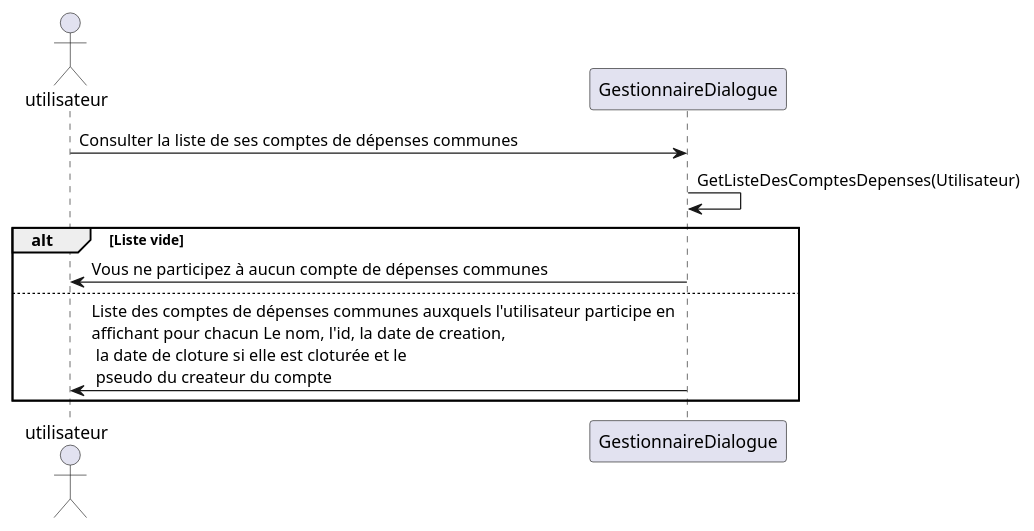
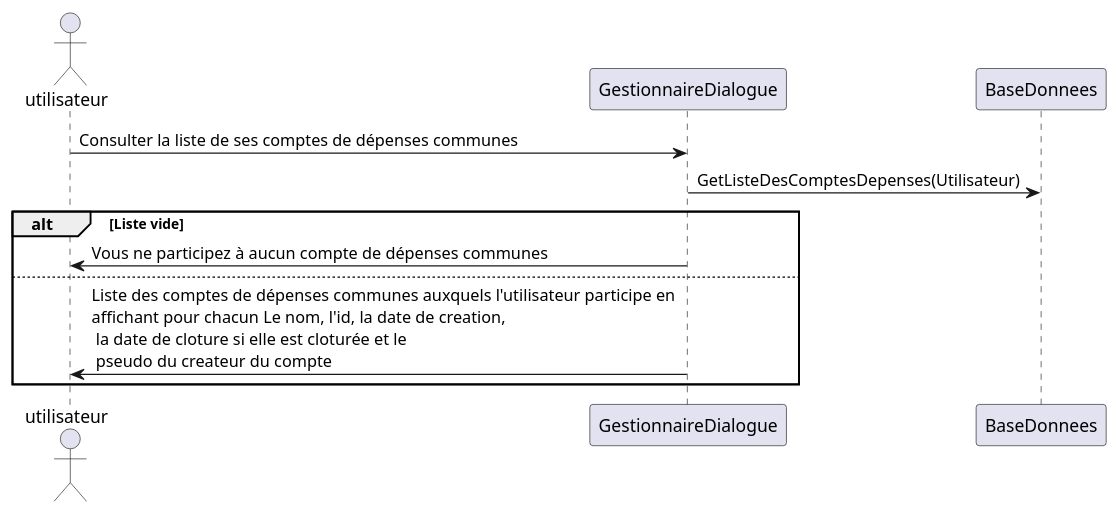
The diagram in diagrammes/conception/consulter-liste-compte-depenses.puml (lmtb06/sharecount), drawn with PlantUML before and after one commit. The commit also changed 1 other file, not shown here.

```diff
--- a/diagrammes/conception/consulter-liste-compte-depenses.puml
+++ b/diagrammes/conception/consulter-liste-compte-depenses.puml
@@ -1,16 +1,17 @@
 @startuml  Consulter la liste de ses comptes de dépenses communes
 
 actor utilisateur as user
 participant GestionnaireDialogue as gd
+participant BaseDonnees as bd
 
 user -> gd 	: Consulter la liste de ses comptes de dépenses communes
-gd -> gd 	: GetListeDesComptesDepenses(Utilisateur)
+gd -> bd 	: GetListeDesComptesDepenses(Utilisateur)
 
 alt Liste vide
 gd -> user  : Vous ne participez à aucun compte de dépenses communes
 else
 gd -> user  : Liste des comptes de dépenses communes auxquels l'utilisateur participe en \naffichant pour chacun Le nom, l'id, la date de creation,\n la date de cloture si elle est cloturée et le\n pseudo du createur du compte
 
 end
 
 @enduml
```
